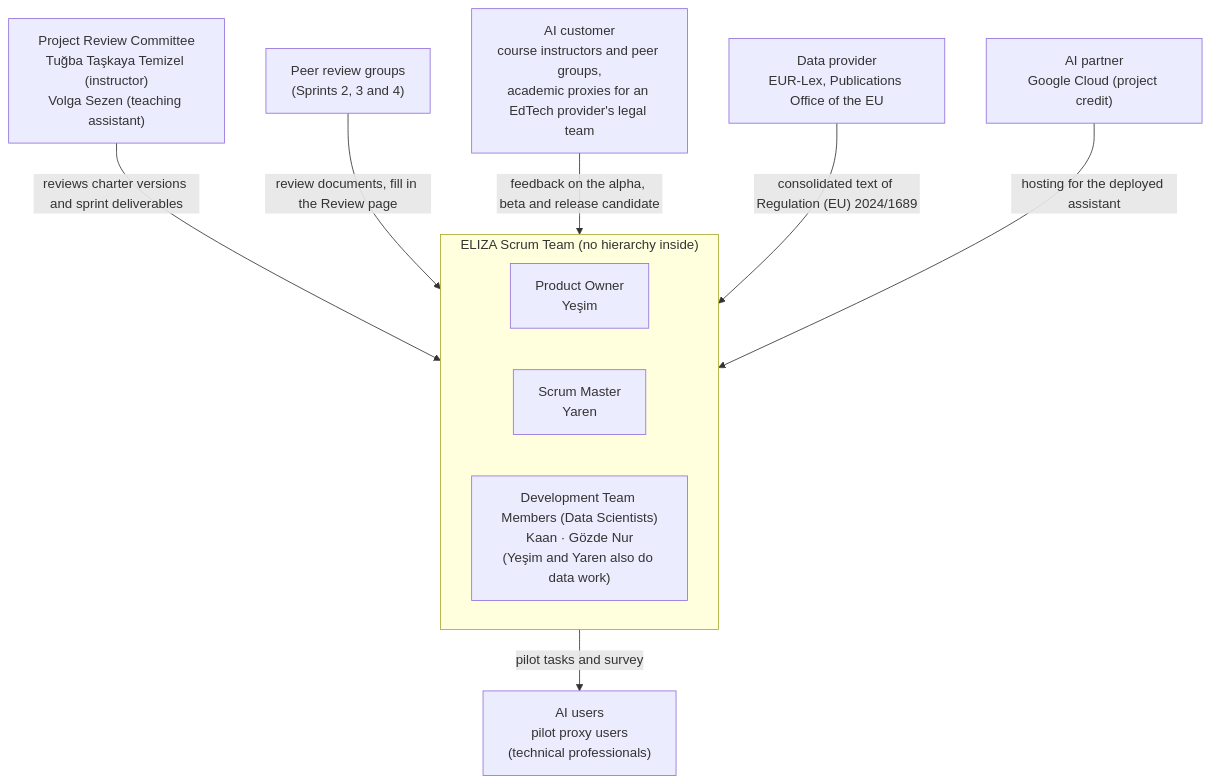
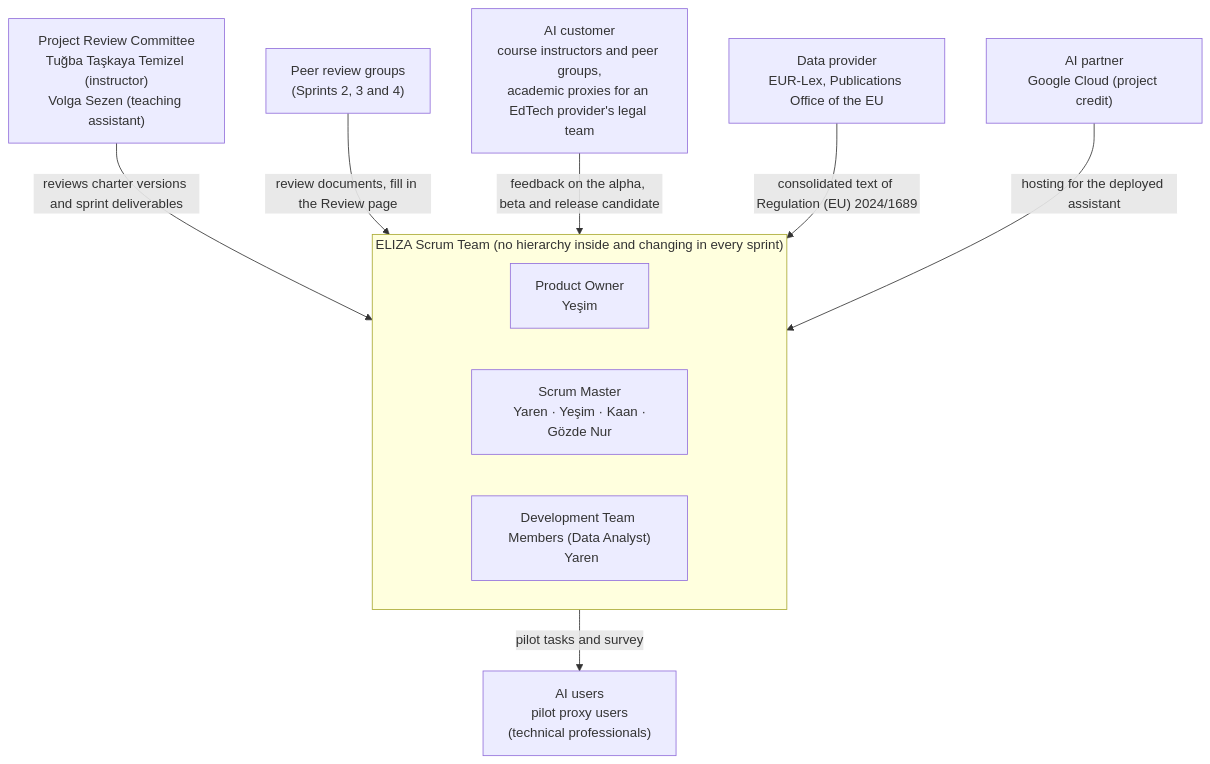
The diagram in Markdown Template/03-project-canvas/08-project-organization.md (ELIZA-DI502/ELIZA_DI502_ORGANIZATION), drawn with Mermaid before and after one commit. The commit also changed other lines of this file, not shown here.

````diff
--- a/Markdown Template/03-project-canvas/08-project-organization.md
+++ b/Markdown Template/03-project-canvas/08-project-organization.md
@@ -24,20 +25,21 @@
 ```mermaid
 flowchart TB
     PRC["Project Review Committee<br/>Tuğba Taşkaya Temizel (instructor)<br/>Volga Sezen (teaching assistant)"]
     PEER["Peer review groups<br/>(Sprints 2, 3 and 4)"]
-    subgraph TEAM["ELIZA Scrum Team (no hierarchy inside)"]
-        PO["Product Owner<br/>Yeşim"]
-        SM["Scrum Master<br/>Yaren"]
-        DS["Development Team Members (Data Scientists)<br/>Kaan · Gözde Nur<br/>(Yeşim and Yaren also do data work)"]
+    subgraph TEAM["ELIZA Scrum Team (no hierarchy inside and changing in every sprint)"]
+        PO["Product Owner<br/>Yeşim "]
+        SM["Scrum Master<br/> Yaren · Yeşim · Kaan · Gözde Nur "]
+        DS["Development Team Members (Data Scientists)<br/>Kaan · Gözde Nur "]
+        DS["Development Team Members (Data Analyst)<br/> Yaren "]
     end
     CUST["AI customer<br/>course instructors and peer groups,<br/>academic proxies for an EdTech provider's legal team"]
     USERS["AI users<br/>pilot proxy users<br/>(technical professionals)"]
     DATA["Data provider<br/>EUR-Lex, Publications Office of the EU"]
     PART["AI partner<br/>Google Cloud (project credit)"]
     PRC -- "reviews charter versions and sprint deliverables" --> TEAM
     PEER -- "review documents, fill in the Review page" --> TEAM
     CUST -- "feedback on the alpha, beta and release candidate" --> TEAM
     TEAM -- "pilot tasks and survey" --> USERS
     DATA -- "consolidated text of Regulation (EU) 2024/1689" --> TEAM
     PART -- "hosting for the deployed assistant" --> TEAM
 ```
````
